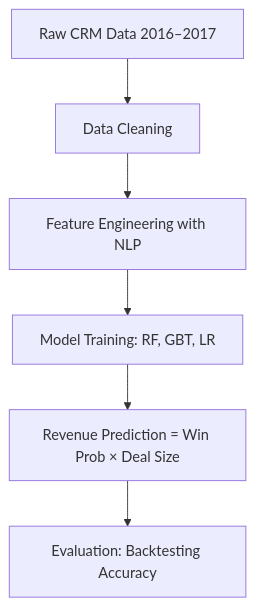
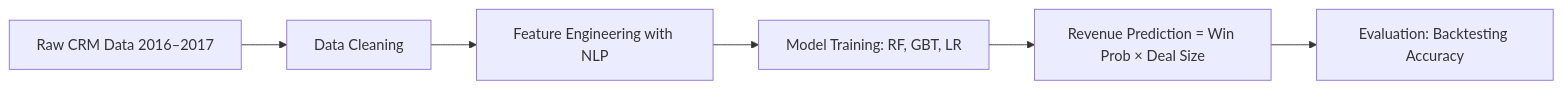
Before and after one commit to Cvakapoor/Email-Sentiment-Analysis: the second of 2 diagrams in README.md, drawn with Mermaid. The commit also changed other lines of this file, not shown here.

````diff
--- a/README.md
+++ b/README.md
@@ -88,8 +88,8 @@
 ```mermaid
-flowchart TD
+flowchart LR
     A[Raw CRM Data 2016–2017] --> B[Data Cleaning]
     B --> C[Feature Engineering with NLP]
     C --> D[Model Training: RF, GBT, LR]
     D --> E[Revenue Prediction = Win Prob × Deal Size]
     E --> F[Evaluation: Backtesting Accuracy]
 ```
````
